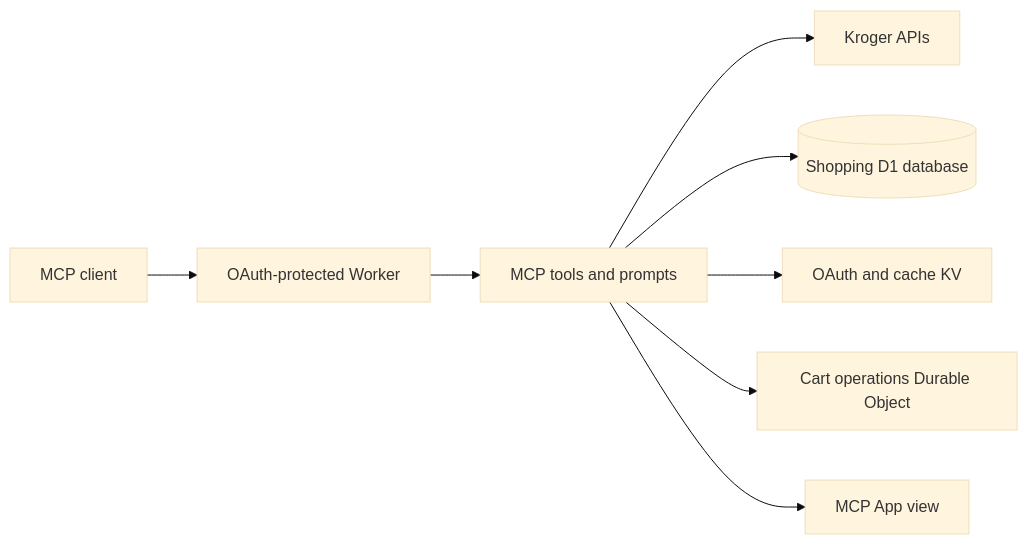
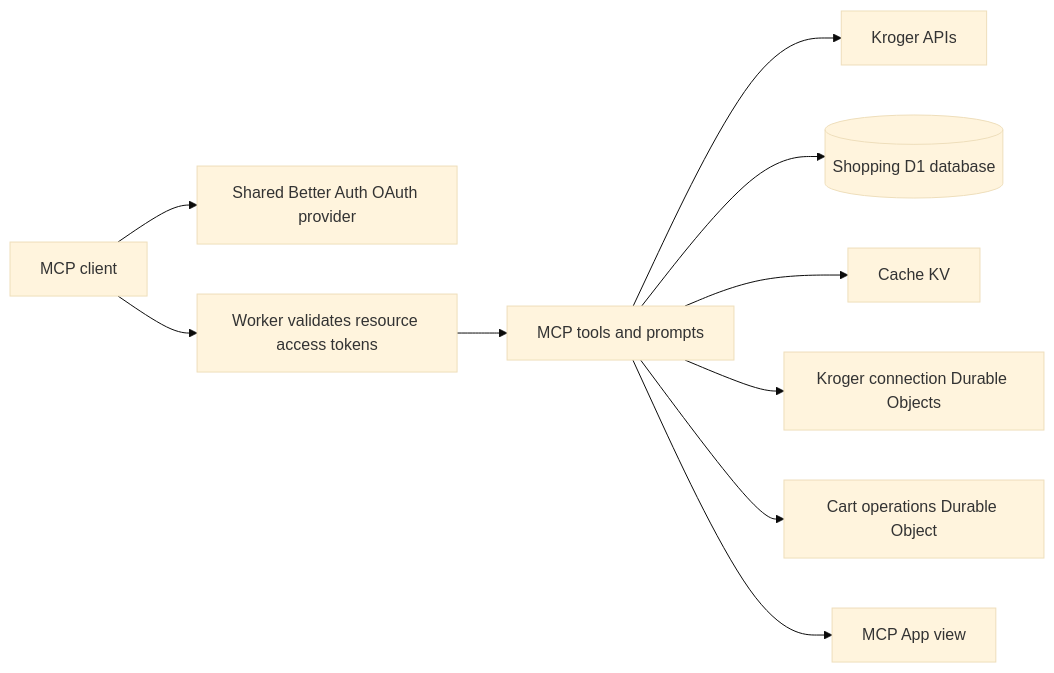
Before and after one commit to aranlucas/ai-shopping-mcp: the diagram in README.md, drawn with Mermaid (base theme). The commit also changed other lines of this file and 31 other files, not shown here.

First line of the commit message:
Replace Worker OAuth issuance with Better Auth MCP integration (#161)

````diff
--- a/README.md
+++ b/README.md
@@ -30,10 +30,12 @@
 ```mermaid
 flowchart LR
-  Client[MCP client] --> OAuth[OAuth-protected Worker]
+  Client[MCP client] --> Auth[Shared Better Auth OAuth provider]
+  Client --> OAuth[Worker validates resource access tokens]
   OAuth --> Tools[MCP tools and prompts]
   Tools --> Kroger[Kroger APIs]
   Tools --> D1[(Shopping D1 database)]
-  Tools --> KV[OAuth and cache KV]
+  Tools --> KV[Cache KV]
+  Tools --> Connections[Kroger connection Durable Objects]
   Tools --> Cart[Cart operations Durable Object]
   Tools --> App[MCP App view]
 ```
````
